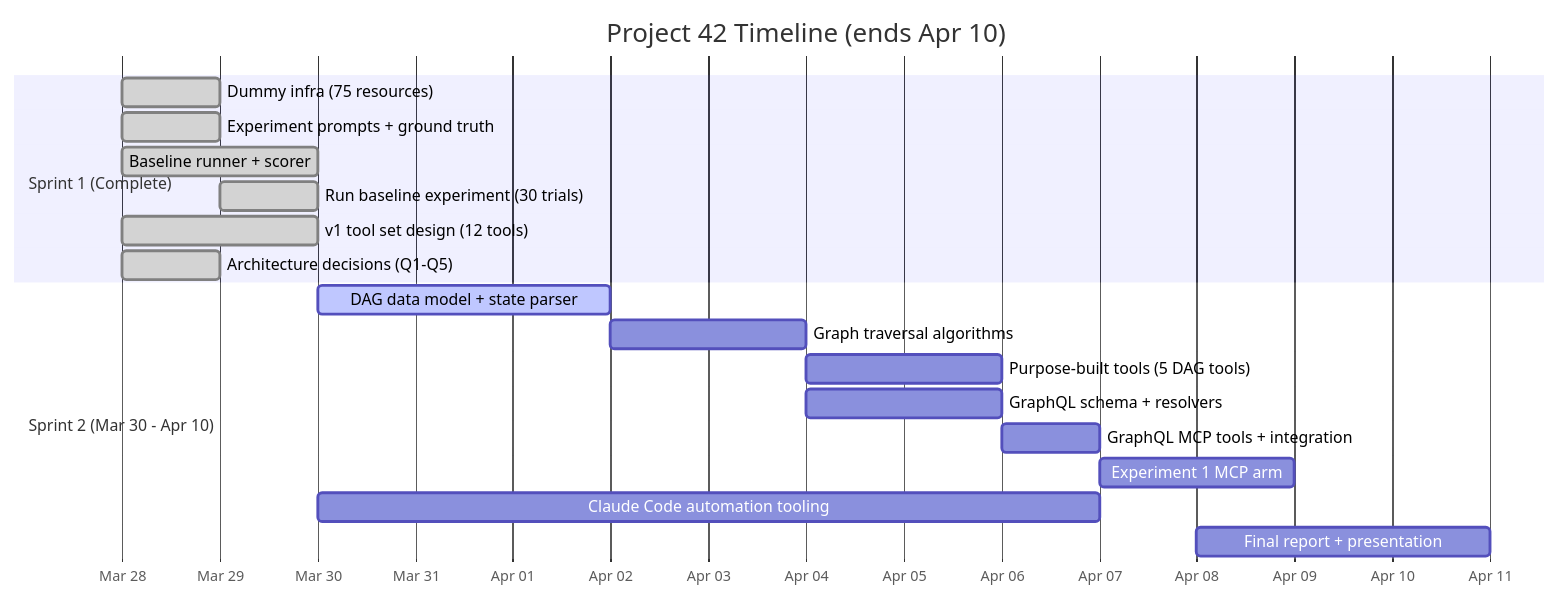
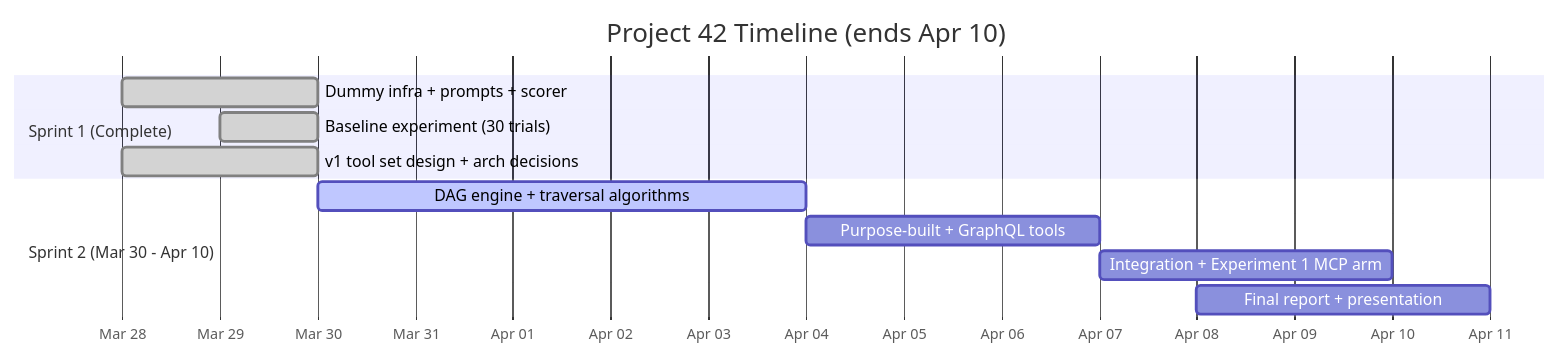
The first of 2 diagrams in reports/progress-report.md (KalharPandya/terraform-smart-context-mcp-42), drawn with Mermaid before and after one commit. The commit also changed other lines of this file and 1 other file, not shown here.

First line of the commit message:
Kalhar: add LaTeX version of progress report, compact markdown

````diff
--- a/reports/progress-report.md
+++ b/reports/progress-report.md
@@ -92,24 +63,15 @@
 ```mermaid
 gantt
     title Project 42 Timeline (ends Apr 10)
     dateFormat YYYY-MM-DD
     axisFormat %b %d
-
     section Sprint 1 (Complete)
-    Dummy infra (75 resources)        :done, s1a, 2026-03-28, 1d
-    Experiment prompts + ground truth  :done, s1b, 2026-03-28, 1d
-    Baseline runner + scorer           :done, s1c, 2026-03-28, 2d
-    Run baseline experiment (30 trials):done, s1d, 2026-03-29, 1d
-    v1 tool set design (12 tools)      :done, s1e, 2026-03-28, 2d
-    Architecture decisions (Q1-Q5)     :done, s1f, 2026-03-28, 1d
-
+    Dummy infra + prompts + scorer     :done, s1a, 2026-03-28, 2d
+    Baseline experiment (30 trials)    :done, s1b, 2026-03-29, 1d
+    v1 tool set design + arch decisions:done, s1c, 2026-03-28, 2d
     section Sprint 2 (Mar 30 - Apr 10)
-    DAG data model + state parser      :active, s2a, 2026-03-30, 3d
-    Graph traversal algorithms         :s2b, after s2a, 2d
-    Purpose-built tools (5 DAG tools)  :s2c, after s2b, 2d
-    GraphQL schema + resolvers         :s2d, after s2b, 2d
-    GraphQL MCP tools + integration    :s2e, after s2d, 1d
-    Experiment 1 MCP arm               :s2f, after s2e, 2d
-    Claude Code automation tooling     :s2g, 2026-03-30, 8d
-    Final report + presentation        :s2h, 2026-04-08, 3d
+    DAG engine + traversal algorithms  :active, s2a, 2026-03-30, 5d
+    Purpose-built + GraphQL tools      :s2b, after s2a, 3d
+    Integration + Experiment 1 MCP arm :s2c, after s2b, 3d
+    Final report + presentation        :s2d, 2026-04-08, 3d
 ```
````
